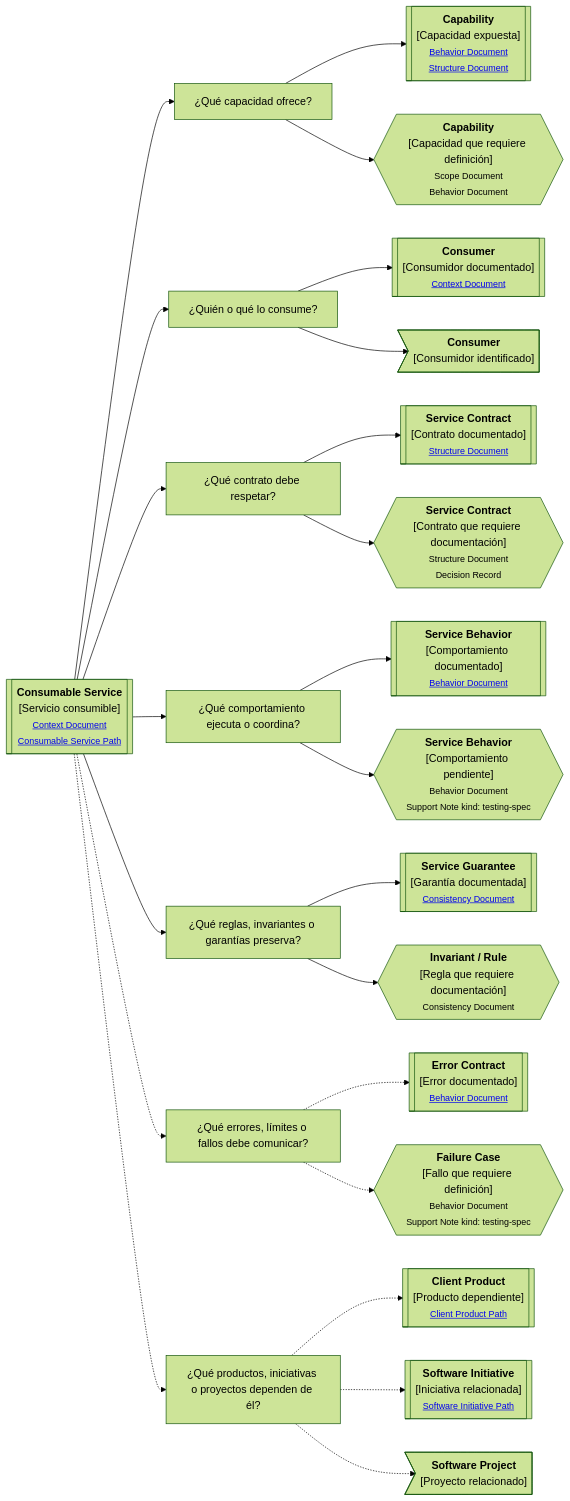
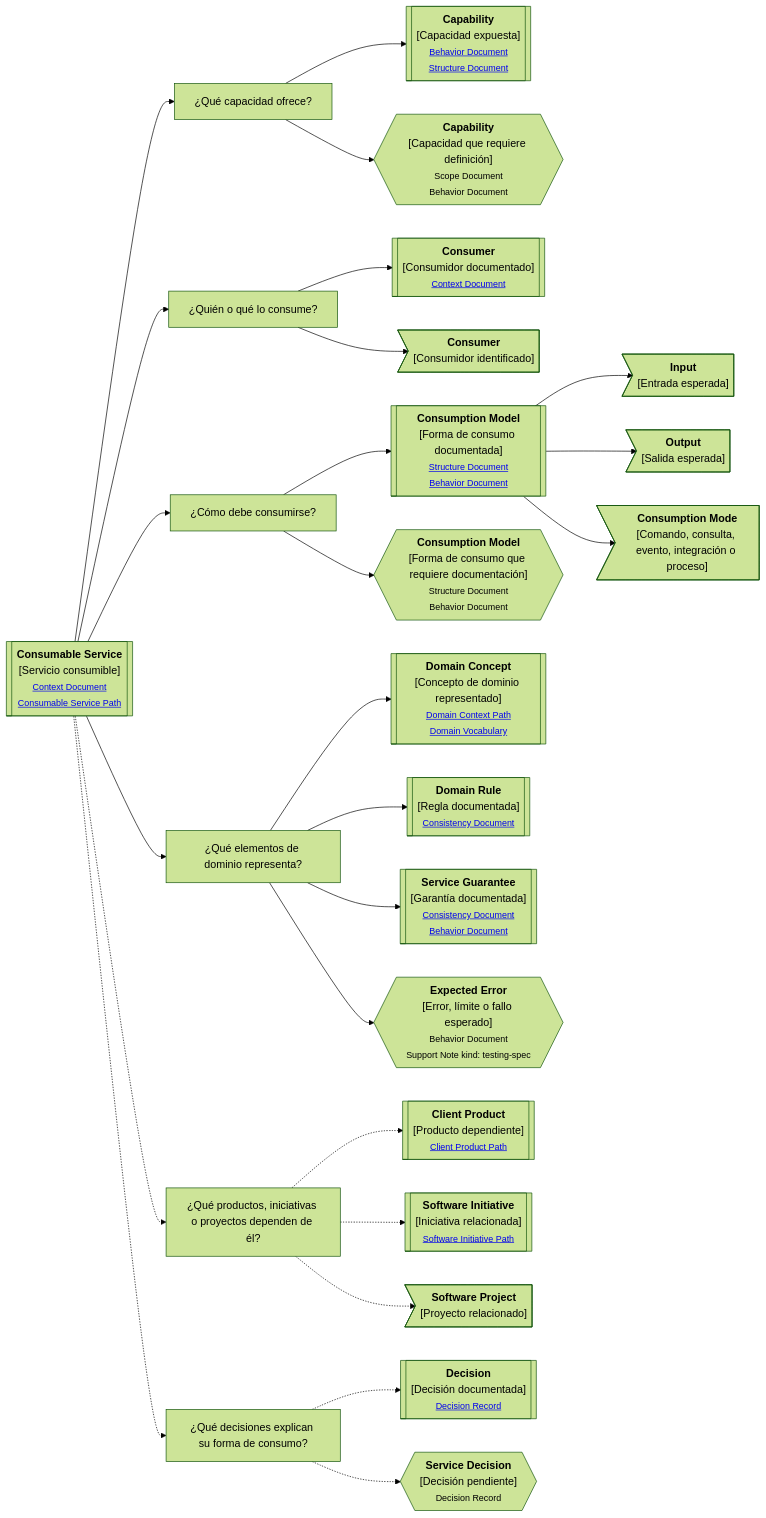
One commit to vslices/docs changed the diagram in docs/es/alive-lab/research/notes/docs-standard/artifacts/continuity-paths/core/consumable-service.md. Above: the diagram before and after it, drawn with Mermaid (forest theme). The commit also changed other lines of this file and 10 other files, not shown here.

````diff
--- a/docs/es/alive-lab/research/notes/docs-standard/artifacts/continuity-paths/core/consumable-service.md
+++ b/docs/es/alive-lab/research/notes/docs-standard/artifacts/continuity-paths/core/consumable-service.md
@@ -39,55 +39,36 @@
 ```mermaid
 flowchart LR
     A[["<b>Consumable Service</b><br/>[Servicio consumible]<br/><small><a href='link'>Context Document</a><br/><a href='link'>Consumable Service Path</a></small>"]]
 
-    P1["¿Qué capacidad ofrece?"]
-    P2["¿Quién o qué lo consume?"]
-    P3["¿Qué contrato debe respetar?"]
-    P4["¿Qué comportamiento ejecuta o coordina?"]
-    P5["¿Qué reglas, invariantes o garantías preserva?"]
-    P6["¿Qué errores, límites o fallos debe comunicar?"]
-    P7["¿Qué productos, iniciativas o proyectos dependen de él?"]
+    A --> P1["¿Qué capacidad ofrece?"]
+    A --> P2["¿Quién o qué lo consume?"]
+    A --> P3["¿Cómo debe consumirse?"]
+    A --> P4["¿Qué elementos de dominio representa?"]
+    A -.-> P5["¿Qué productos, iniciativas o proyectos dependen de él?"]
+    A -.-> P6["¿Qué decisiones explican su forma de consumo?"]
 
-    C1[["<b>Capability</b><br/>[Capacidad expuesta]<br/><small><a href='link'>Behavior Document</a><br/><a href='link'>Structure Document</a></small>"]]
-    C2{{"<b>Capability</b><br/>[Capacidad que requiere definición]<br/><small>Scope Document<br/>Behavior Document</small>"}}
+    P1 --> C1[["<b>Capability</b><br/>[Capacidad expuesta]<br/><small><a href='link'>Behavior Document</a><br/><a href='link'>Structure Document</a></small>"]]
+    P1 --> C2{{"<b>Capability</b><br/>[Capacidad que requiere definición]<br/><small>Scope Document<br/>Behavior Document</small>"}}
 
-    CN1[["<b>Consumer</b><br/>[Consumidor documentado]<br/><small><a href='link'>Context Document</a></small>"]]
-    CN2>"<b>Consumer</b><br/>[Consumidor identificado]"]
+    P2 --> CN1[["<b>Consumer</b><br/>[Consumidor documentado]<br/><small><a href='link'>Context Document</a></small>"]]
+    P2 --> CN2>"<b>Consumer</b><br/>[Consumidor identificado]"]
 
-    CT1[["<b>Service Contract</b><br/>[Contrato documentado]<br/><small><a href='link'>Structure Document</a></small>"]]
-    CT2{{"<b>Service Contract</b><br/>[Contrato que requiere documentación]<br/><small>Structure Document<br/>Decision Record</small>"}}
+    P3 --> CU1[["<b>Consumption Model</b><br/>[Forma de consumo documentada]<br/><small><a href='link'>Structure Document</a><br/><a href='link'>Behavior Document</a></small>"]]
+    P3 --> CU2{{"<b>Consumption Model</b><br/>[Forma de consumo que requiere documentación]<br/><small>Structure Document<br/>Behavior Document</small>"}}
 
-    B1[["<b>Service Behavior</b><br/>[Comportamiento documentado]<br/><small><a href='link'>Behavior Document</a></small>"]]
-    B2{{"<b>Service Behavior</b><br/>[Comportamiento pendiente]<br/><small>Behavior Document<br/>Support Note kind: testing-spec</small>"}}
+    CU1 --> I1>"<b>Input</b><br/>[Entrada esperada]"]
+    CU1 --> O1>"<b>Output</b><br/>[Salida esperada]"]
+    CU1 --> M1>"<b>Consumption Mode</b><br/>[Comando, consulta, evento, integración o proceso]"]
 
-    G1[["<b>Service Guarantee</b><br/>[Garantía documentada]<br/><small><a href='link'>Consistency Document</a></small>"]]
-    G2{{"<b>Invariant / Rule</b><br/>[Regla que requiere documentación]<br/><small>Consistency Document</small>"}}
+    P4 --> D1[["<b>Domain Concept</b><br/>[Concepto de dominio representado]<br/><small><a href='link'>Domain Context Path</a><br/><a href='link'>Domain Vocabulary</a></small>"]]
+    P4 --> R1[["<b>Domain Rule</b><br/>[Regla documentada]<br/><small><a href='link'>Consistency Document</a></small>"]]
+    P4 --> G1[["<b>Service Guarantee</b><br/>[Garantía documentada]<br/><small><a href='link'>Consistency Document</a><br/><a href='link'>Behavior Document</a></small>"]]
+    P4 --> E1{{"<b>Expected Error</b><br/>[Error, límite o fallo esperado]<br/><small>Behavior Document<br/>Support Note kind: testing-spec</small>"}}
 
-    E1[["<b>Error Contract</b><br/>[Error documentado]<br/><small><a href='link'>Behavior Document</a></small>"]]
-    E2{{"<b>Failure Case</b><br/>[Fallo que requiere definición]<br/><small>Behavior Document<br/>Support Note kind: testing-spec</small>"}}
+    P5 -.-> CP1[["<b>Client Product</b><br/>[Producto dependiente]<br/><small><a href='link'>Client Product Path</a></small>"]]
+    P5 -.-> SI1[["<b>Software Initiative</b><br/>[Iniciativa relacionada]<br/><small><a href='link'>Software Initiative Path</a></small>"]]
+    P5 -.-> SP1>"<b>Software Project</b><br/>[Proyecto relacionado]"]
 
-    CP1[["<b>Client Product</b><br/>[Producto dependiente]<br/><small><a href='link'>Client Product Path</a></small>"]]
-    SI1[["<b>Software Initiative</b><br/>[Iniciativa relacionada]<br/><small><a href='link'>Software Initiative Path</a></small>"]]
-    SP1>"<b>Software Project</b><br/>[Proyecto relacionado]"]
-
-    A --> P1
-    P1 --> C1 & C2
-
-    A --> P2
-    P2 --> CN1 & CN2
-
-    A --> P3
-    P3 --> CT1 & CT2
-
-    A --> P4
-    P4 --> B1 & B2
-
-    A --> P5
-    P5 --> G1 & G2
-
-    A -.-> P6
-    P6 -.-> E1 & E2
-
-    A -.-> P7
-    P7 -.-> CP1 & SI1 & SP1
+    P6 -.-> DEC1[["<b>Decision</b><br/>[Decisión documentada]<br/><small><a href='link'>Decision Record</a></small>"]]
+    P6 -.-> DEC2{{"<b>Service Decision</b><br/>[Decisión pendiente]<br/><small>Decision Record</small>"}}
 ```
````
